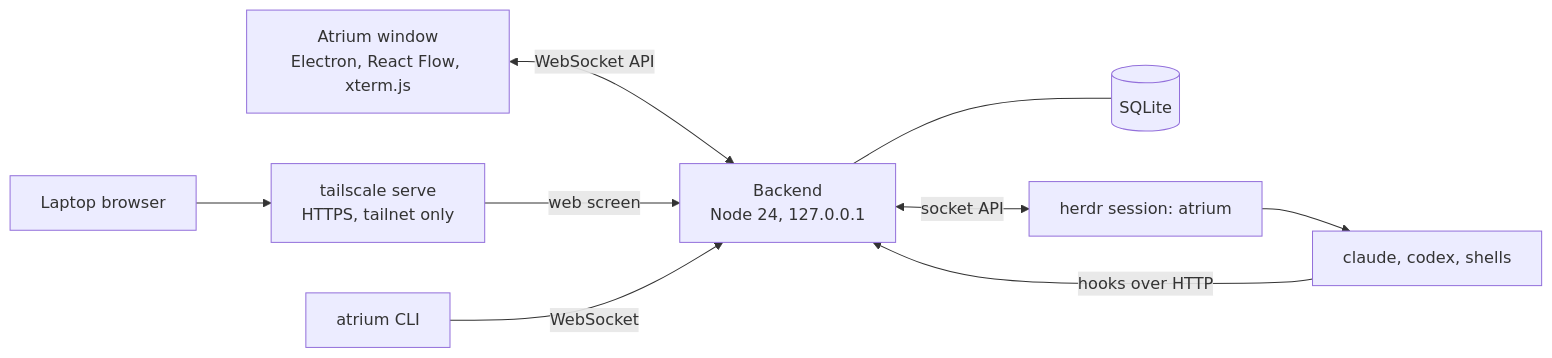
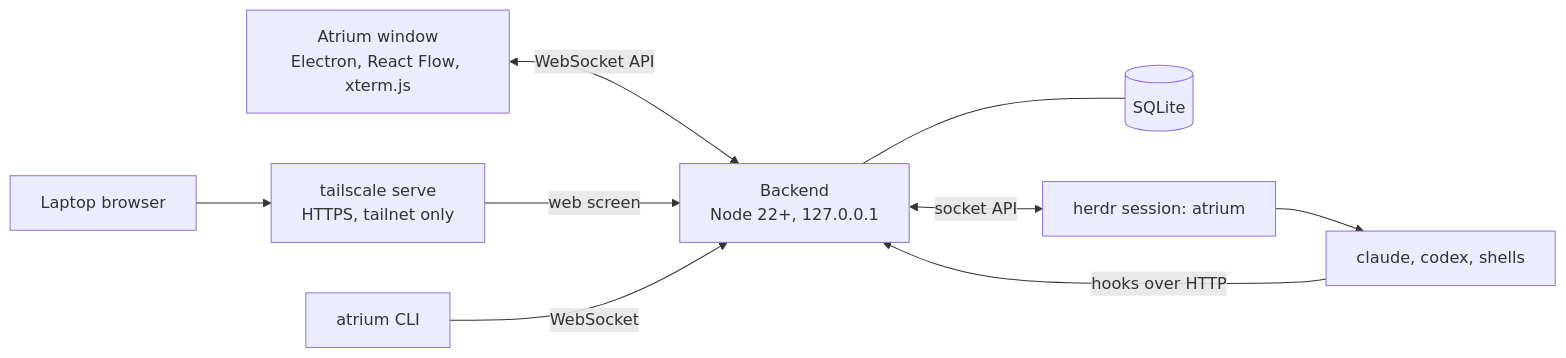
The diagram in README.md (Gudals0320/atrium), drawn with Mermaid before and after one commit. The commit also changed other lines of this file and 9 other files, not shown here.

Commit message:
Support Node 22.13 or later (engines, backend spawned without the node:sqlite experimental warning, README badge and requirements, BRIEF and ARCH); pairing text says the passkey step depends on the passkey setting

````diff
--- a/README.md
+++ b/README.md
@@ -198,18 +198,18 @@
 ```mermaid
 flowchart LR
   UI["Atrium window<br/>Electron, React Flow, xterm.js"]
   WEB["Laptop browser"]
   TS["tailscale serve<br/>HTTPS, tailnet only"]
   CLI["atrium CLI"]
-  B["Backend<br/>Node 24, 127.0.0.1"]
+  B["Backend<br/>Node 22+, 127.0.0.1"]
   DB[("SQLite")]
   H["herdr session: atrium"]
   A["claude, codex, shells"]
   UI <-->|WebSocket API| B
   WEB --> TS -->|web screen| B
   CLI -->|WebSocket| B
   B <-->|socket API| H
   H --> A
   A -->|hooks over HTTP| B
   B --- DB
 ```
````
